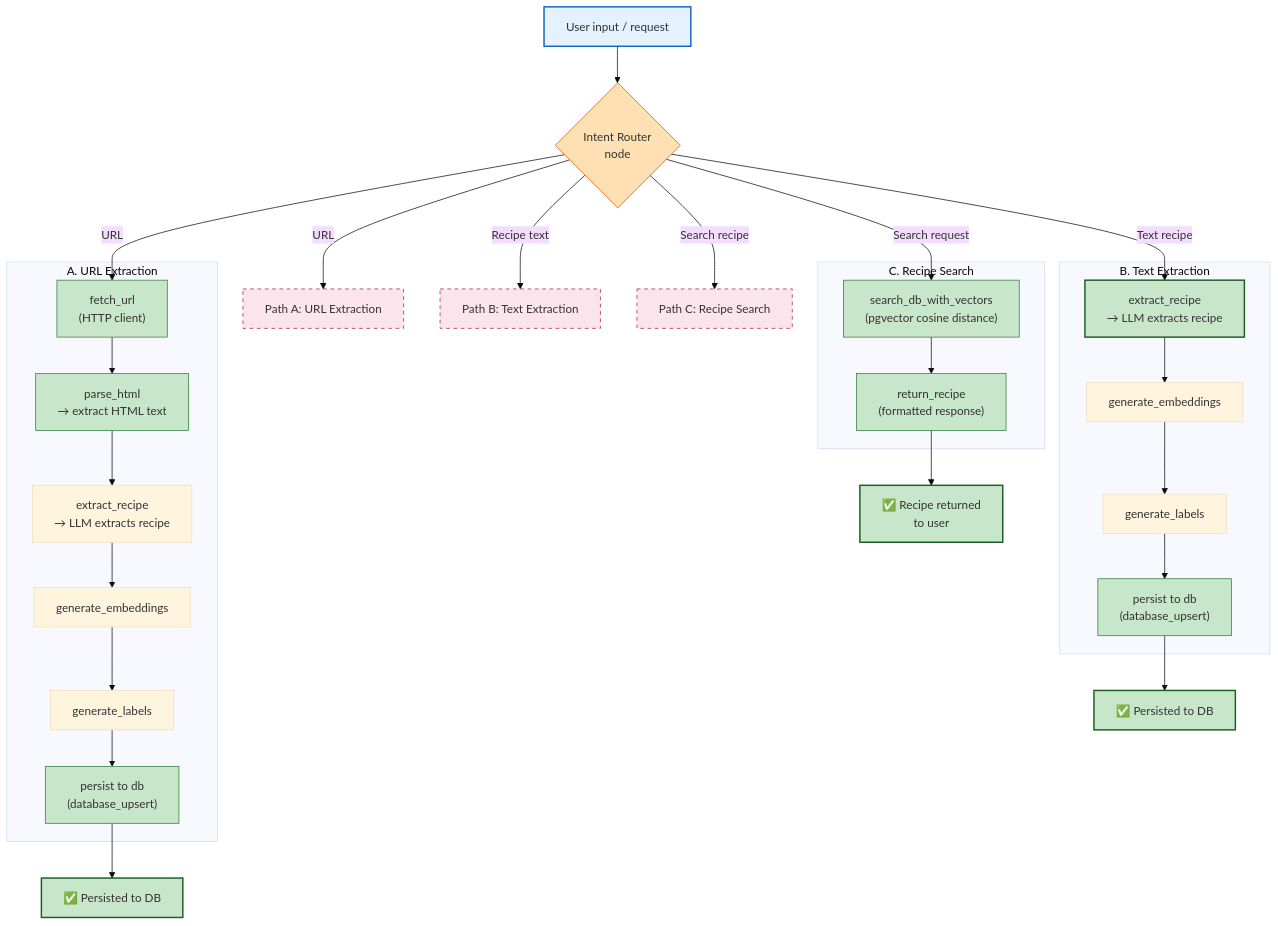
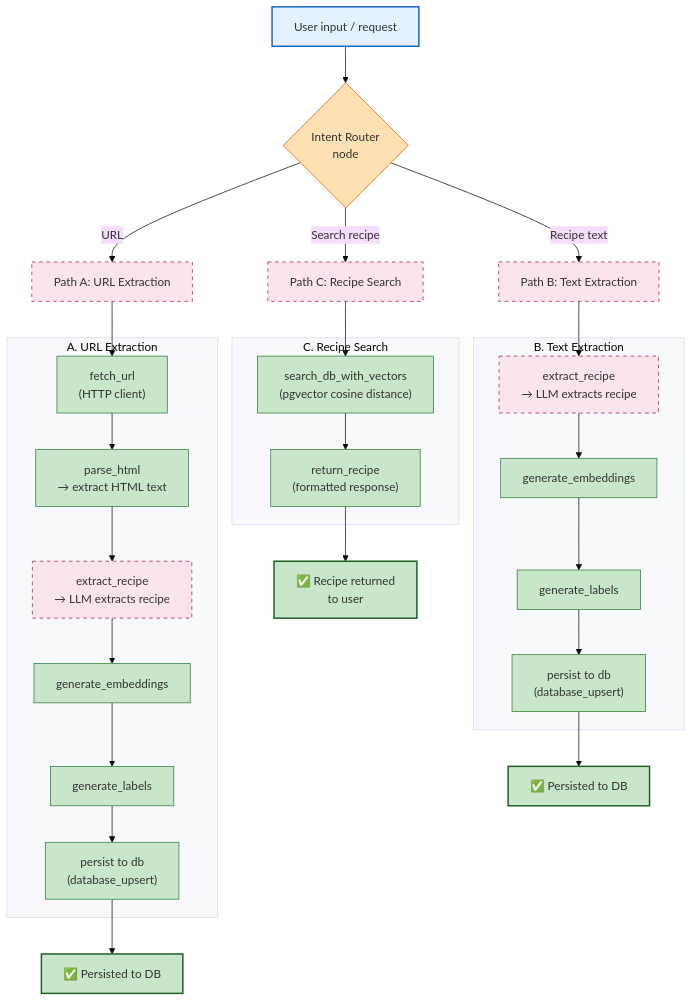
The first of 4 diagrams in README.md (siryessuhr/remy), drawn with Mermaid (base theme) before and after one commit. The commit also changed other lines of this file, not shown here.

````diff
--- a/README.md
+++ b/README.md
@@ -137,54 +137,54 @@
 ```mermaid
 graph TD
     user["User input / request"] --> router{Intent Router<br/>node}
 
     router -- "URL" --> pathA[Path A: URL Extraction]
     router -- "Recipe text" --> pathB[Path B: Text Extraction]
     router -- "Search recipe" --> pathC[Path C: Recipe Search]
 
     %% Path A — URL extraction
     subgraph "A. URL Extraction"
         fetchUrl["fetch_url<br/>(HTTP client)"] --> parseHtml["parse_html<br/>→ extract HTML text"]
         parseHtml --> extractRecipe1["extract_recipe<br/>→ LLM extracts recipe"]
         extractRecipe1 --> generateEmbeddings1["generate_embeddings"]
         generateEmbeddings1 --> generateLabels1["generate_labels"]
         generateLabels1 --> persistA["persist to db<br/>(database_upsert)"]
     end
 
     %% Path B — Text extraction
     subgraph "B. Text Extraction"
         extractRecipe2["extract_recipe<br/>→ LLM extracts recipe"]
         extractRecipe2 --> generateEmbeddings2["generate_embeddings"]
         generateEmbeddings2 --> generateLabels2["generate_labels"]
         generateLabels2 --> persistB["persist to db<br/>(database_upsert)"]
     end
 
-    router -- URL --> fetchUrl
-    router -- "Text recipe" --> extractRecipe2
+    pathA --> fetchUrl
+    pathB --> extractRecipe2
 
     %% Path C — Recipe search
     subgraph "C. Recipe Search"
         searchDb["search_db_with_vectors<br/>(pgvector cosine distance)"] --> returnRecipe["return_recipe<br/>(formatted response)"]
     end
 
-    router -- "Search request" --> searchDb
+    pathC --> searchDb
 
     %% Final nodes
     persistA --> persistEnd1["✅ Persisted to DB"]
     persistB --> persistEnd2["✅ Persisted to DB"]
     returnRecipe --> searchEnd["✅ Recipe returned<br/>to user"]
 
     classDef startNode fill:#e3f2fd,stroke:#1565c0,stroke-width:2px;
     classDef routerNode fill:#fff9c4,stroke:#f9a825,stroke-width:2px;
     classDef toolNode fill:#c8e6c9,stroke:#2e7d32,stroke-width:1px;
     classDef llmNode fill:#fce4ec,stroke:#ad1457,stroke-width:1px,stroke-dasharray:5 5;
     classDef decision fill:#ffe0b2,stroke:#e65100,stroke-width:1px;
     classDef finalNode fill:#c8e6c9,stroke:#1b5e20,stroke-width:2px;
 
     class user startNode;
     class router decision;
     class pathA,pathB,pathC llmNode;
-    class fetchUrl,parseHtml,persistA,persistB,persistD,searchDb,returnRecipe,askUser toolNode;
-    class extractRecipe2,llmNode finalNode;
-    class persistEnd1,persistEnd2,searchEnd,mealEnd finalNode;
+    class fetchUrl,parseHtml,generateEmbeddings1,generateLabels1,persistA,generateEmbeddings2,generateLabels2,persistB,searchDb,returnRecipe toolNode;
+    class extractRecipe1,extractRecipe2 llmNode;
+    class persistEnd1,persistEnd2,searchEnd finalNode;
 ```
````
